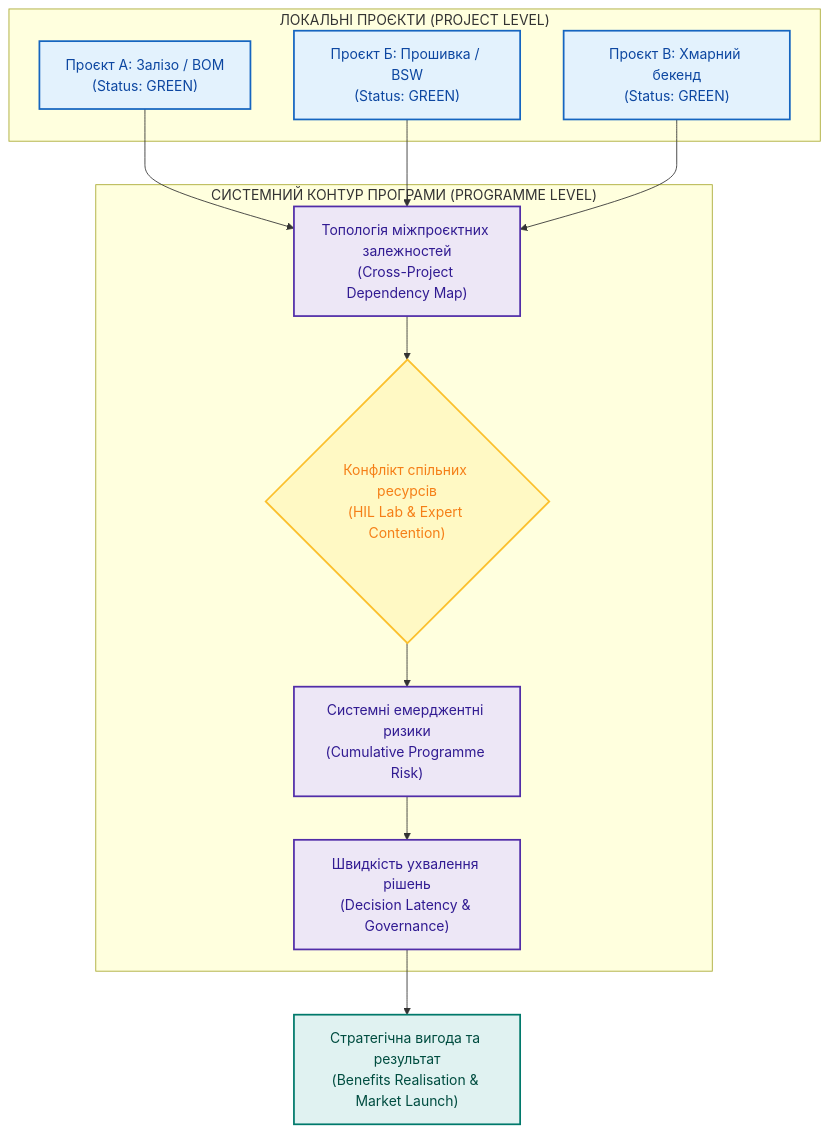
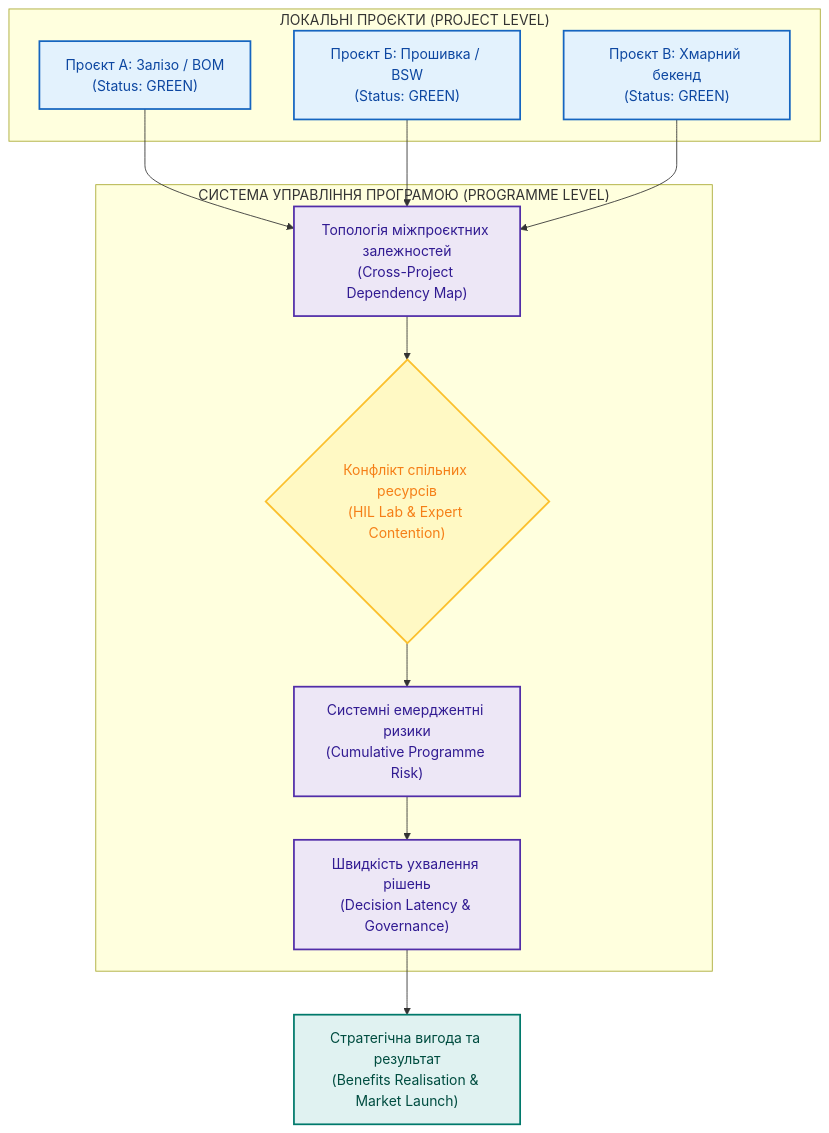
One commit to nick-fedchik/articles changed the diagram in Project_Management/DOU-Programme-Management-Not-Status-Sum-UA.md. Above: the diagram before and after it, drawn with Mermaid. The commit also changed other lines of this file and 43 other files, not shown here.

````diff
--- a/Project_Management/DOU-Programme-Management-Not-Status-Sum-UA.md
+++ b/Project_Management/DOU-Programme-Management-Not-Status-Sum-UA.md
@@ -25,38 +25,38 @@
 ```mermaid
 flowchart TD
-    accTitle: Програмний контур системного урядування
+    accTitle: Система урядування програмою
     accDescr: Від локальних статусів проєктів через аналіз зв'язків та черг ресурсів до досягнення стратегічної вигоди.
 
     subgraph Projects["ЛОКАЛЬНІ ПРОЄКТИ (PROJECT LEVEL)"]
         PA["Проєкт А: Залізо / BOM<br/>(Status: GREEN)"]
         PB["Проєкт Б: Прошивка / BSW<br/>(Status: GREEN)"]
         PC["Проєкт В: Хмарний бекенд<br/>(Status: GREEN)"]
     end
 
-    subgraph Programme["СИСТЕМНИЙ КОНТУР ПРОГРАМИ (PROGRAMME LEVEL)"]
+    subgraph Programme["СИСТЕМА УПРАВЛІННЯ ПРОГРАМОЮ (PROGRAMME LEVEL)"]
         DEP["Топологія міжпроєктних залежностей<br/>(Cross-Project Dependency Map)"]
         RES{"Конфлікт спільних ресурсів<br/>(HIL Lab & Expert Contention)"}
         RISK["Системні емерджентні ризики<br/>(Cumulative Programme Risk)"]
         DEC["Швидкість ухвалення рішень<br/>(Decision Latency & Governance)"]
     end
 
     BEN["Стратегічна вигода та результат<br/>(Benefits Realisation & Market Launch)"]
 
     PA --> DEP
     PB --> DEP
     PC --> DEP
     DEP --> RES
     RES --> RISK
     RISK --> DEC
     DEC --> BEN
 
     classDef proj fill:#e3f2fd,stroke:#1565c0,stroke-width:2px,color:#0d47a1;
     classDef prog fill:#ede7f6,stroke:#512da8,stroke-width:2px,color:#311b92;
     classDef res fill:#fff9c4,stroke:#fbc02d,stroke-width:2px,color:#f57f17;
     classDef ben fill:#e0f2f1,stroke:#00796b,stroke-width:2px,color:#004d40;
 
     class PA,PB,PC proj;
     class DEP,RISK,DEC prog;
     class RES res;
     class BEN ben;
 ```
````
